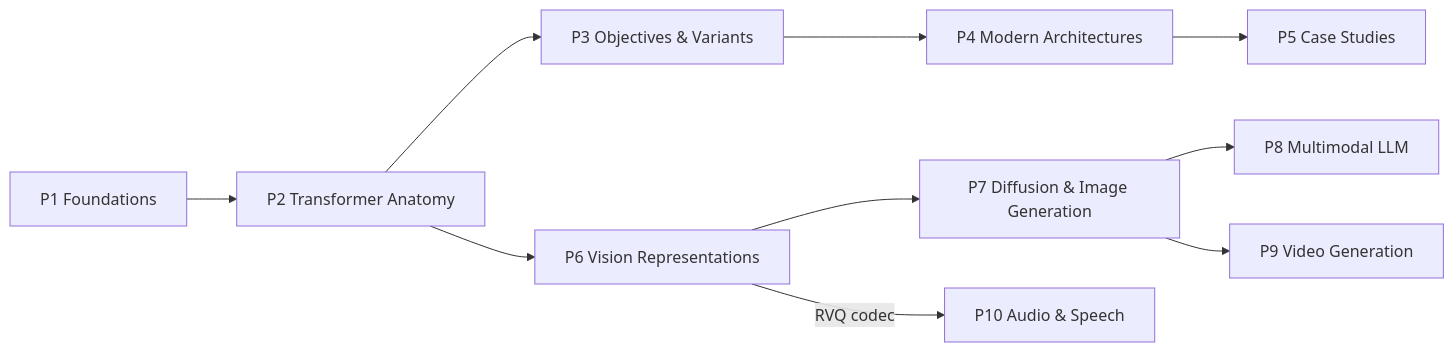
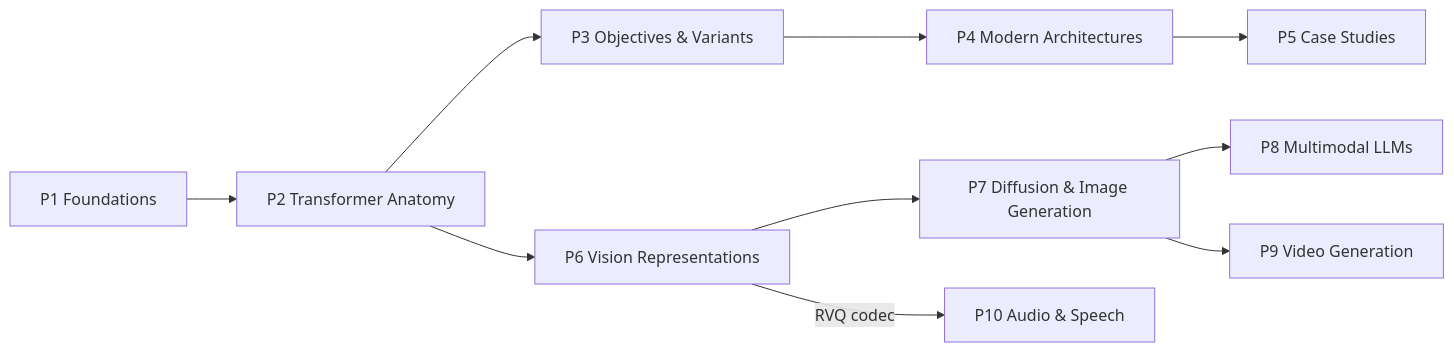
One commit to AlanFokCo/ai-infra-primer changed the diagram in models/README.md. Above: the diagram before and after it, drawn with Mermaid. The commit also changed other lines of this file and 18 other files, not shown here.

````diff
--- a/models/README.md
+++ b/models/README.md
@@ -100,12 +100,12 @@
 ```mermaid
 graph LR
     P1["P1 Foundations"] --> P2["P2 Transformer Anatomy"]
     P2 --> P3["P3 Objectives & Variants"]
     P3 --> P4["P4 Modern Architectures"]
     P4 --> P5["P5 Case Studies"]
     P2 --> P6["P6 Vision Representations"]
     P6 --> P7["P7 Diffusion & Image Generation"]
-    P7 --> P8["P8 Multimodal LLM"]
+    P7 --> P8["P8 Multimodal LLMs"]
     P7 --> P9["P9 Video Generation"]
     P6 -->|"RVQ codec"| P10["P10 Audio & Speech"]
 ```
````
